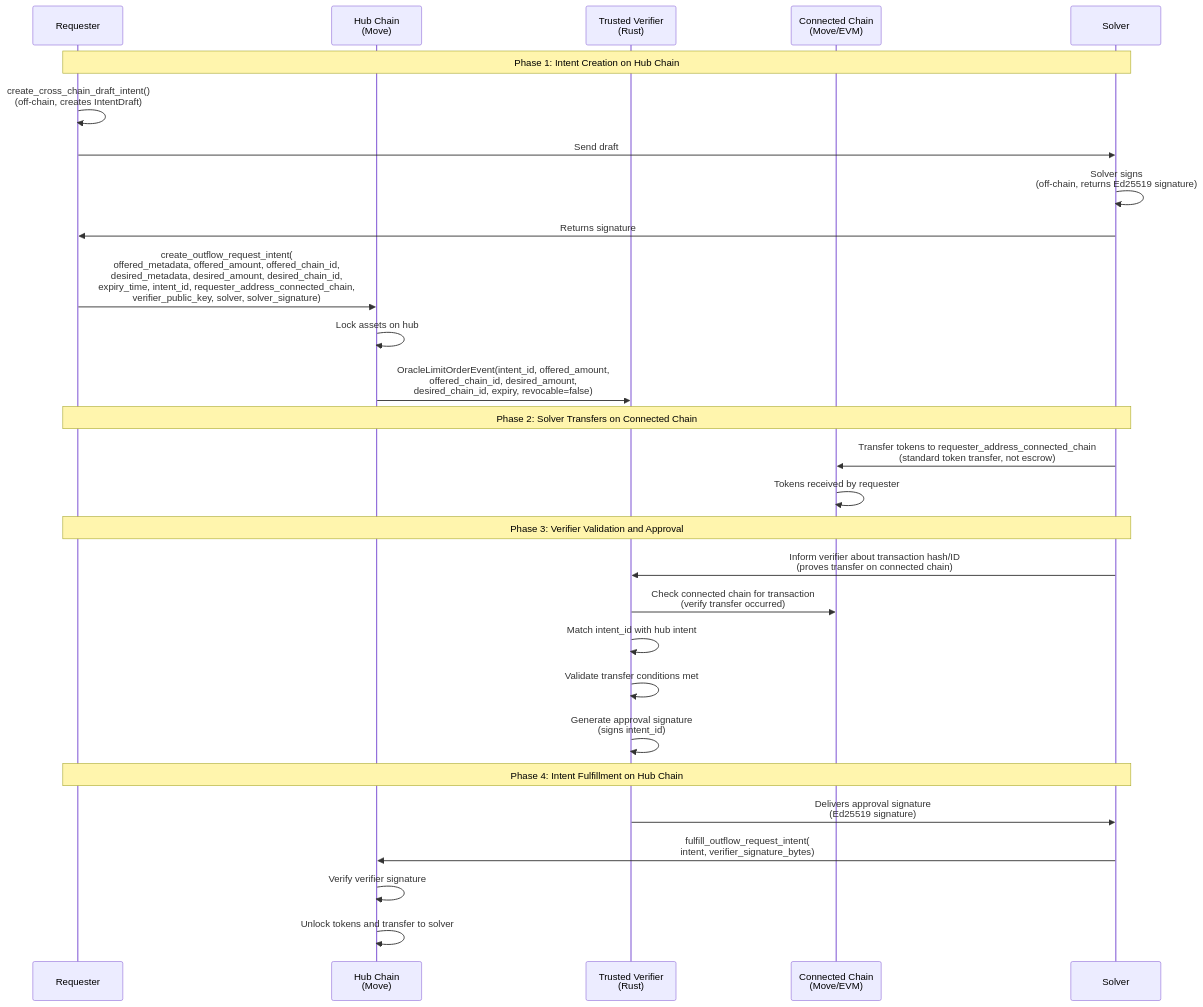
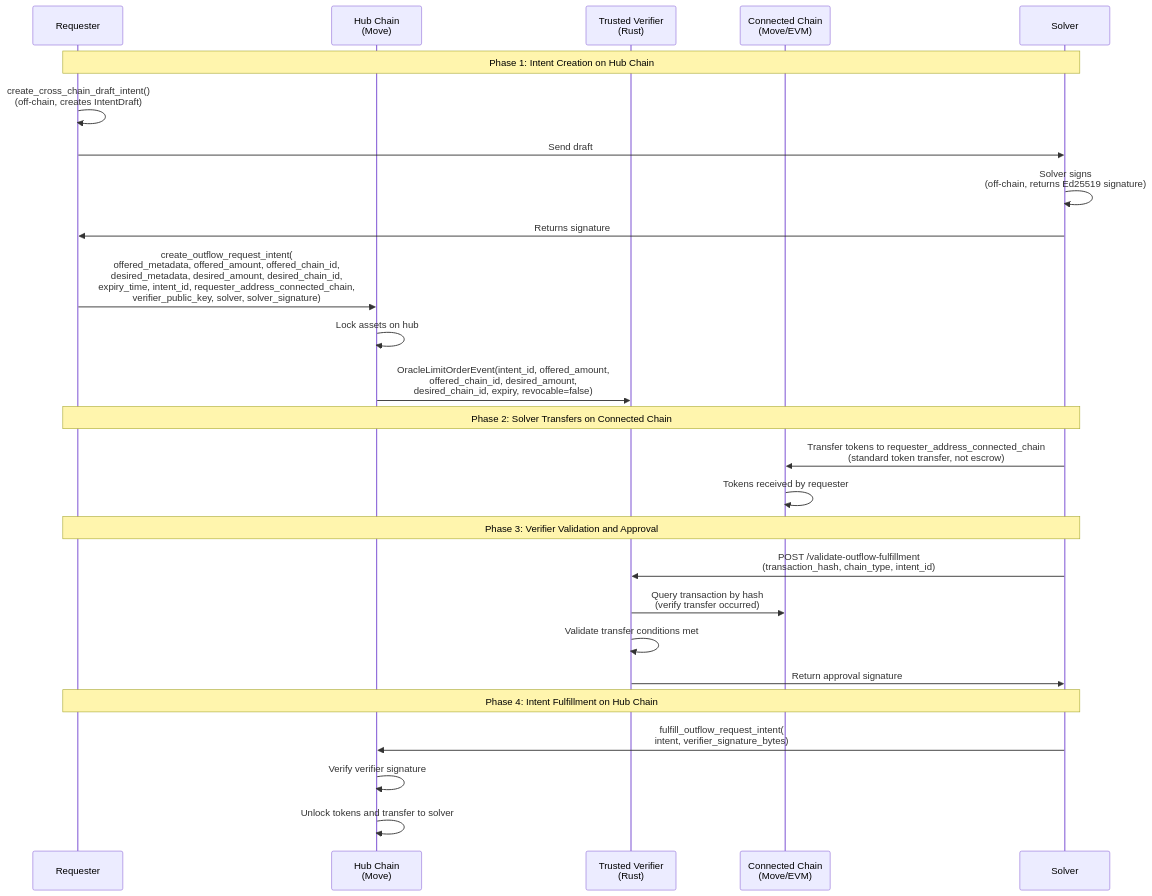
Before and after one commit to movementlabsxyz/intent-framework: the second of 3 diagrams in docs/protocol.md, drawn with Mermaid. The commit also changed other lines of this file and 9 other files, not shown here.

````diff
--- a/docs/protocol.md
+++ b/docs/protocol.md
@@ -96,34 +96,32 @@
 ```mermaid
 sequenceDiagram
     participant Requester
     participant Hub as Hub Chain<br/>(Move)
     participant Verifier as Trusted Verifier<br/>(Rust)
     participant Connected as Connected Chain<br/>(Move/EVM)
     participant Solver
 
     Note over Requester,Solver: Phase 1: Intent Creation on Hub Chain
     Requester->>Requester: create_cross_chain_draft_intent()<br/>(off-chain, creates IntentDraft)
     Requester->>Solver: Send draft
     Solver->>Solver: Solver signs<br/>(off-chain, returns Ed25519 signature)
     Solver->>Requester: Returns signature
     Requester->>Hub: create_outflow_request_intent(<br/>offered_metadata, offered_amount, offered_chain_id,<br/>desired_metadata, desired_amount, desired_chain_id,<br/>expiry_time, intent_id, requester_address_connected_chain,<br/>verifier_public_key, solver, solver_signature)
     Hub->>Hub: Lock assets on hub
     Hub->>Verifier: OracleLimitOrderEvent(intent_id, offered_amount,<br/>offered_chain_id, desired_amount,<br/>desired_chain_id, expiry, revocable=false)
 
     Note over Requester,Solver: Phase 2: Solver Transfers on Connected Chain
     Solver->>Connected: Transfer tokens to requester_address_connected_chain<br/>(standard token transfer, not escrow)
     Connected->>Connected: Tokens received by requester
 
     Note over Requester,Solver: Phase 3: Verifier Validation and Approval
-    Solver->>Verifier: Inform verifier about transaction hash/ID<br/>(proves transfer on connected chain)
-    Verifier->>Connected: Check connected chain for transaction<br/>(verify transfer occurred)
-    Verifier->>Verifier: Match intent_id with hub intent
+    Solver->>Verifier: POST /validate-outflow-fulfillment<br/>(transaction_hash, chain_type, intent_id)
+    Verifier->>Connected: Query transaction by hash<br/>(verify transfer occurred)
     Verifier->>Verifier: Validate transfer conditions met
-    Verifier->>Verifier: Generate approval signature<br/>(signs intent_id)
+    Verifier->>Solver: Return approval signature
 
     Note over Requester,Solver: Phase 4: Intent Fulfillment on Hub Chain
-    Verifier->>Solver: Delivers approval signature<br/>(Ed25519 signature)
     Solver->>Hub: fulfill_outflow_request_intent(<br/>intent, verifier_signature_bytes)
     Hub->>Hub: Verify verifier signature
     Hub->>Hub: Unlock tokens and transfer to solver
 ```
````
